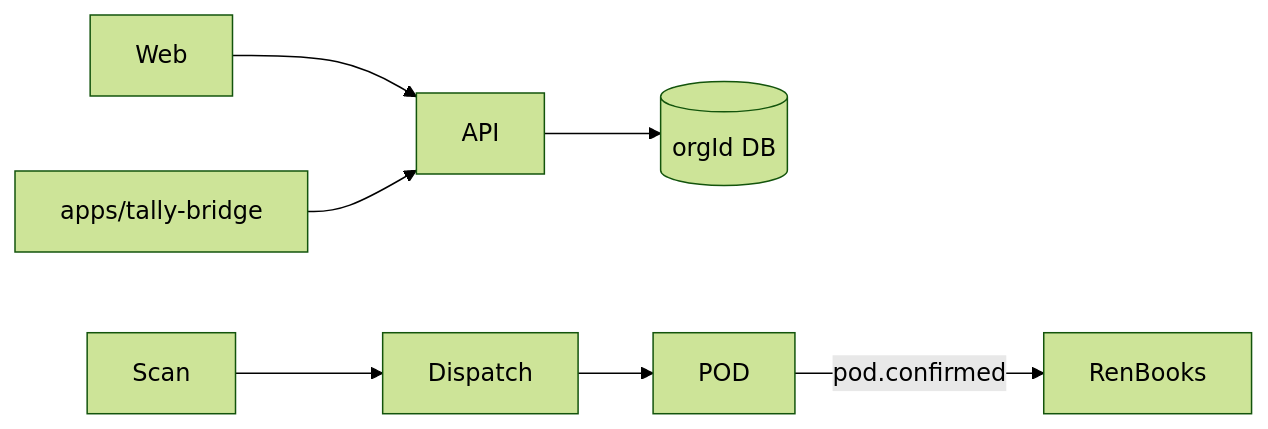
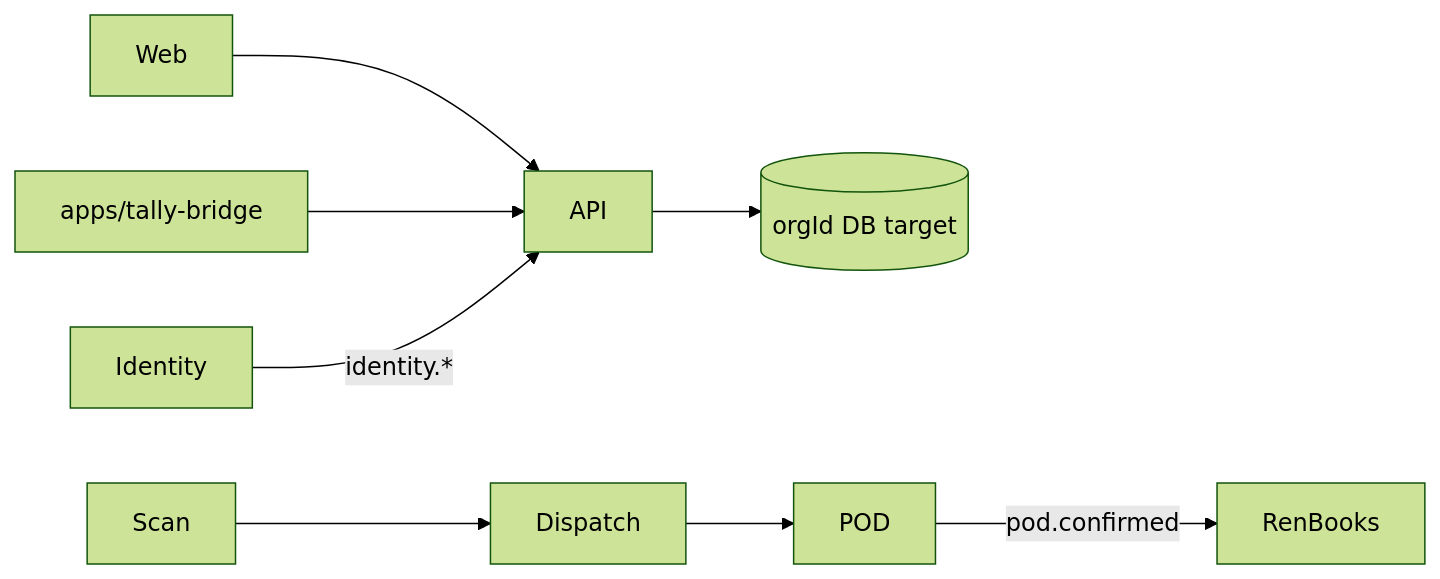
Before and after one commit to admin-renaissa/SmartLoad: the diagram in docs/CODEBASE_GRAPH.md, drawn with Mermaid (forest theme). The commit also changed other lines of this file and 24 other files, not shown here.

````diff
--- a/docs/CODEBASE_GRAPH.md
+++ b/docs/CODEBASE_GRAPH.md
@@ -83,8 +109,9 @@
 ```mermaid
 flowchart LR
   Web --> API
-  API --> DB[(orgId DB)]
+  API --> DB[(orgId DB target)]
   Scan --> Dispatch --> POD
   POD -->|pod.confirmed| RenBooks
   TallyBridge[apps/tally-bridge] --> API
+  Identity -->|identity.*| API
 ```
````
